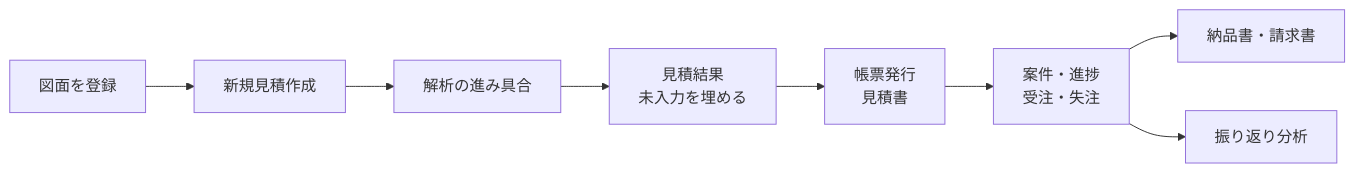
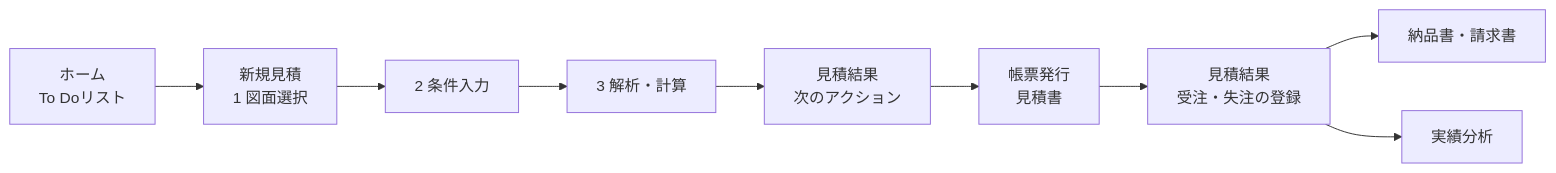
The second of 2 diagrams in docs/04_操作マニュアル.md (1975020t/step_analysis_for_automatic-estimate), drawn with Mermaid before and after one commit. The commit also changed other lines of this file and 93 other files, not shown here.

First line of the commit message:
画面を作り直す：ホーム・新規見積の4ステップ・次のアクション・フェーズ

````diff
--- a/docs/04_操作マニュアル.md
+++ b/docs/04_操作マニュアル.md
@@ -160,10 +160,11 @@
 ```mermaid 図 1件の見積の流れ
 flowchart LR
-  a[図面を登録] --> b[新規見積作成]
-  b --> c[解析の進み具合]
-  c --> d[見積結果<br/>未入力を埋める]
+  h[ホーム<br/>To Doリスト] --> a[新規見積<br/>1 図面選択]
+  a --> b[2 条件入力]
+  b --> c[3 解析・計算]
+  c --> d[見積結果<br/>次のアクション]
   d --> e[帳票発行<br/>見積書]
-  e --> f[案件・進捗<br/>受注・失注]
+  e --> f[見積結果<br/>受注・失注の登録]
   f --> g[納品書・請求書]
-  f --> h[振り返り分析]
+  f --> v[実績分析]
 ```
````
